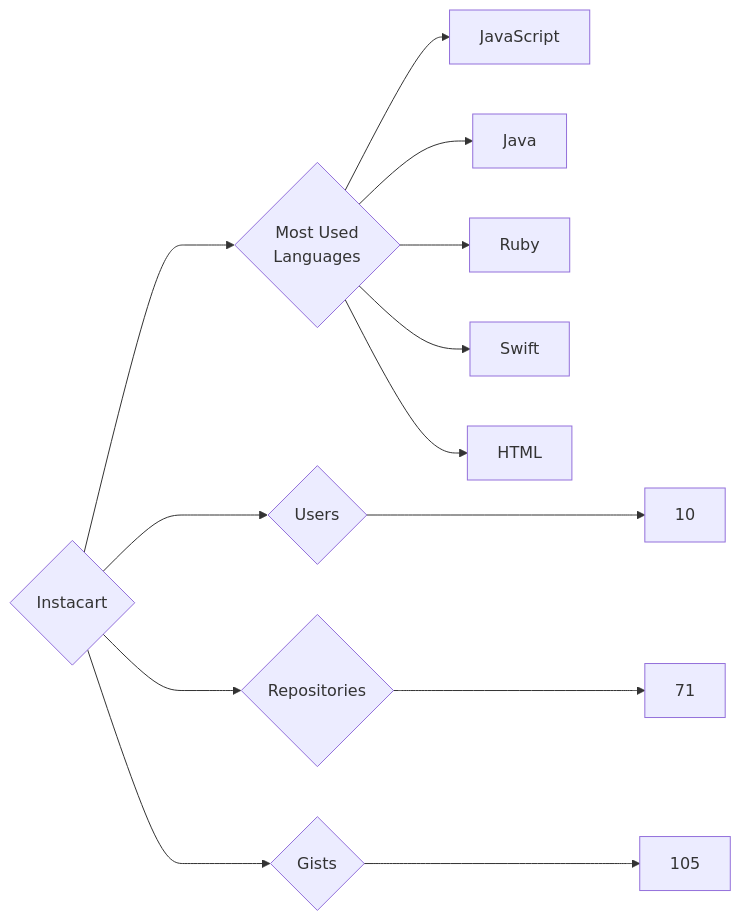
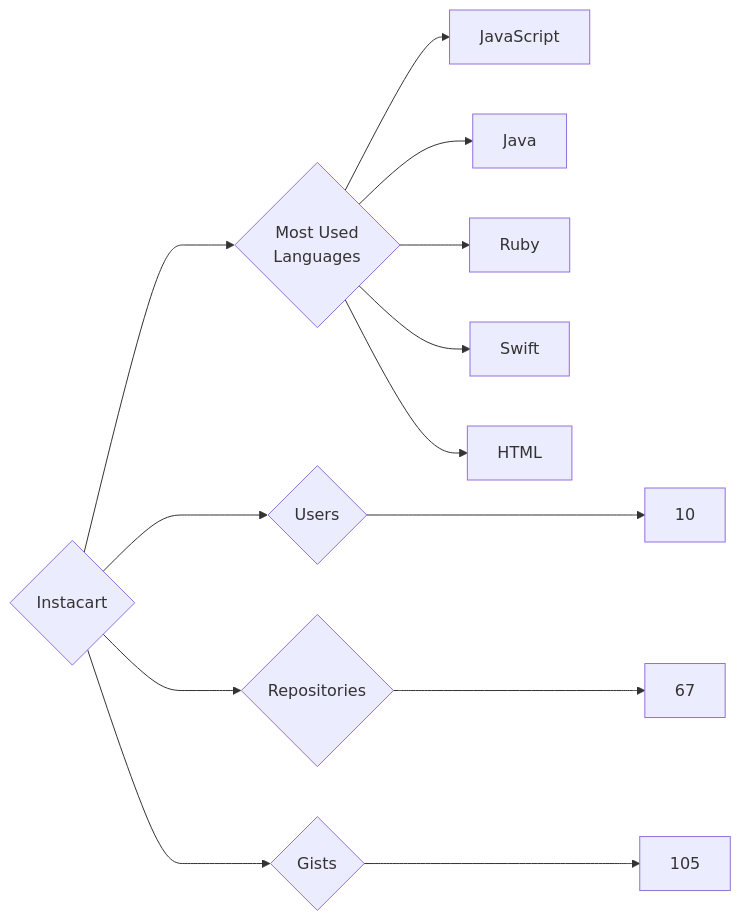
One commit to trickest/insiders changed the diagram in targets/Instacart/README.md. Above: the diagram before and after it, drawn with Mermaid. The commit also changed 1167 other files, not shown here.

````diff
--- a/targets/Instacart/README.md
+++ b/targets/Instacart/README.md
@@ -3,13 +3,13 @@
 ```mermaid
 graph LR
 COMPANY_NAME{Instacart}
 COMPANY_NAME ---> U{Users} ---> UN[10]
-COMPANY_NAME ---> R{Repositories} ---> RN[71]
+COMPANY_NAME ---> R{Repositories} ---> RN[67]
 COMPANY_NAME ---> G{Gists} ---> GN[105]
 COMPANY_NAME ---> ML{Most Used<br>Languages}
 ML --> JavaScript[JavaScript]
 ML --> Java[Java]
 ML --> Ruby[Ruby]
 ML --> Swift[Swift]
 ML --> HTML[HTML]
 ```
````
